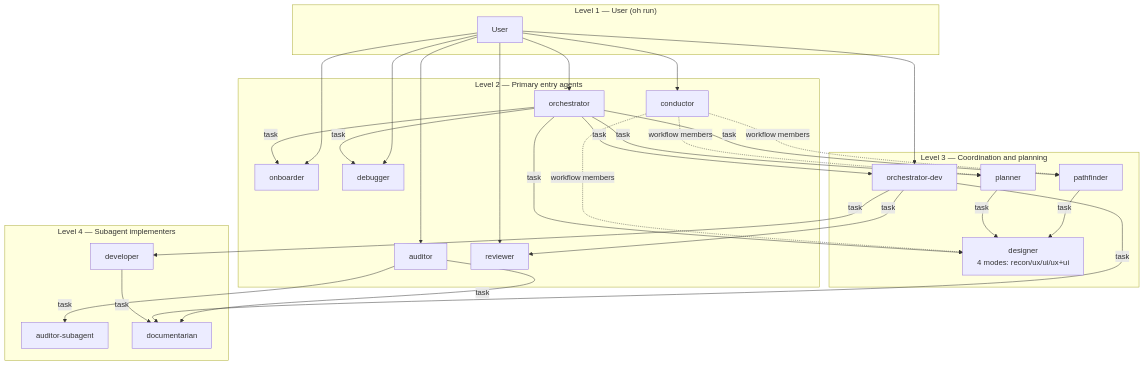
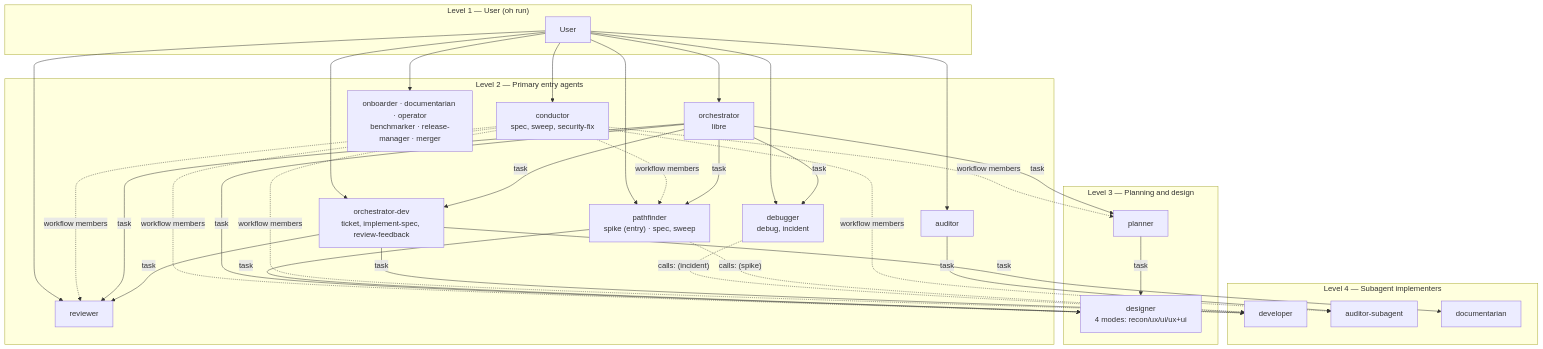
One commit to datichb/openhub changed the first of 2 diagrams in docs/architecture/task-delegation.en.md. Above: the diagram before and after it, drawn with Mermaid. The commit also changed other lines of this file and 18 other files, not shown here.

First line of the commit message:
docs(architecture): bring the synthesis docs and diagrams up to date (modernisation docs-synthesis)

````diff
--- a/docs/architecture/task-delegation.en.md
+++ b/docs/architecture/task-delegation.en.md
@@ -157,58 +161,39 @@
 ```mermaid
 flowchart TB
     subgraph L1["Level 1 — User (oh run)"]
         U[User]
     end
 
     subgraph L2["Level 2 — Primary entry agents"]
-        C[conductor]
-        O[orchestrator]
+        C["conductor<br/>spec, sweep, security-fix"]
+        O["orchestrator<br/>libre"]
+        OD["orchestrator-dev<br/>ticket, implement-spec, review-feedback"]
         A[auditor]
-        ON[onboarder]
-        DB[debugger]
+        DB["debugger<br/>debug, incident"]
         R[reviewer]
+        PA["pathfinder<br/>spike (entry) · spec, sweep"]
+        OTH["onboarder · documentarian · operator<br/>benchmarker · release-manager · merger"]
     end
 
-    subgraph L3["Level 3 — Coordination and planning"]
-        OD[orchestrator-dev]
-        PA[pathfinder]
+    subgraph L3["Level 3 — Planning and design"]
         PL[planner]
         DS[designer<br/>4 modes: recon/ux/ui/ux+ui]
     end
 
     subgraph L4["Level 4 — Subagent implementers"]
         DEV["developer"]
         AUD["auditor-subagent"]
         DOC[documentarian]
     end
 
-    U --> C
-    U --> O
-    U --> A
-    U --> ON
-    U --> DB
-    U --> R
-    U --> OD
+    U --> C & O & OD & A & DB & R & PA & OTH
 
-    C -.->|workflow members| PA
-    C -.->|workflow members| PL
-    C -.->|workflow members| DS
-
-    O -->|task| PA
-    O -->|task| PL
-    O -->|task| ON
-    O -->|task| DS
-    O -->|task| OD
-    O -->|task| DB
-
+    C -.->|workflow members| PA & PL & DS & DEV & R & AUD
+    O -->|task| PA & PL & DS & OD & DB & R
     PA -->|task| DS
     PL -->|task| DS
-
     A -->|task| AUD
-    A -->|task| DOC
-
-    OD -->|task| DEV
-    OD -->|task| R
-    OD -->|task| DOC
-    DEV -->|task| DOC
+    OD -->|task| DEV & R & DOC
+    DB -.->|"calls: (incident)"| DEV
+    PA -.->|"calls: (spike)"| DEV
 ```
````
